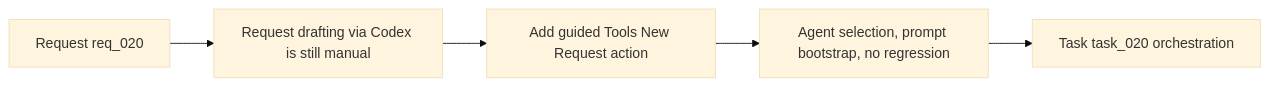
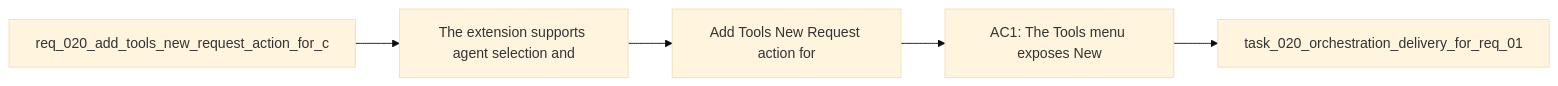
The diagram in logics/backlog/item_020_add_tools_new_request_action_for_codex_prompt_bootstrap.md (AlexAgo83/logics-manager), drawn with Mermaid (base theme) before and after one commit. The commit also changed 481 other files, not shown here.

````diff
--- a/logics/backlog/item_020_add_tools_new_request_action_for_codex_prompt_bootstrap.md
+++ b/logics/backlog/item_020_add_tools_new_request_action_for_codex_prompt_bootstrap.md
@@ -25,8 +25,9 @@
 ```mermaid
+%% logics-kind: backlog
 %% logics-signature: backlog|add-tools-new-request-action-for-codex-p|req-020-add-tools-new-request-action-for|the-extension-supports-agent-selection-a|ac1-the-tools-menu-exposes-new
 flowchart LR
-    Req[Request req_020] --> Problem[Request drafting via Codex is still manual]
-    Problem --> Scope[Add guided Tools New Request action]
-    Scope --> AC[Agent selection, prompt bootstrap, no regression]
-    AC --> Tasks[Task task_020 orchestration]
+    Request[req_020_add_tools_new_request_action_for_c] --> Problem[The extension supports agent selection and]
+    Problem --> Scope[Add Tools New Request action for]
+    Scope --> Acceptance[AC1: The Tools menu exposes New]
+    Acceptance --> Tasks[task_020_orchestration_delivery_for_req_01]
 ```
````
